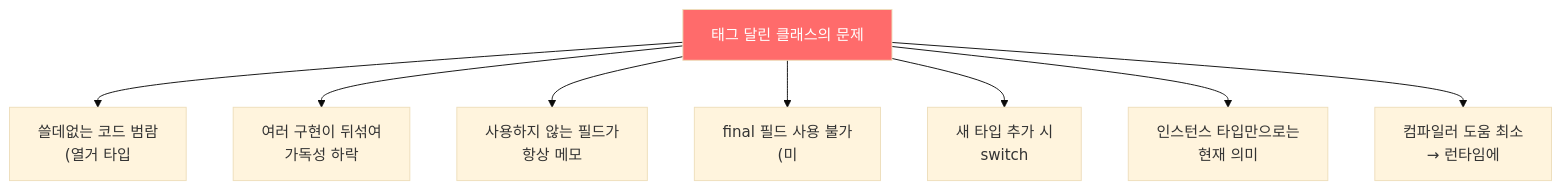
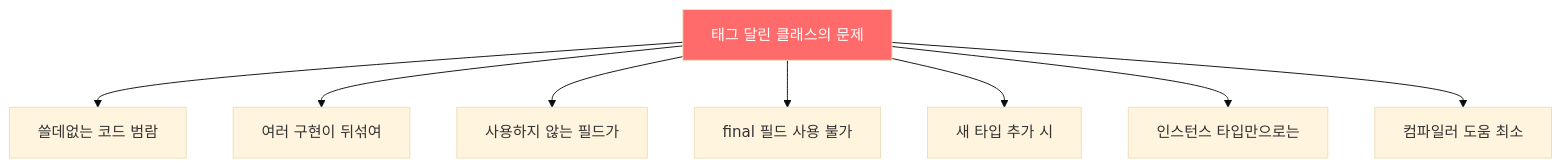
One commit to yjkim2015/yjkim2015.github.io changed the first of 4 diagrams in _posts/java/2022-01-04-effective-java23.md. Above: the diagram before and after it, drawn with Mermaid (base theme). The commit also changed other lines of this file and 217 other files, not shown here.

First line of the commit message:
Mermaid 크기 수정: useMaxWidth:true + SVG max-width:100% + 라벨 축소

````diff
--- a/_posts/java/2022-01-04-effective-java23.md
+++ b/_posts/java/2022-01-04-effective-java23.md
@@ -58,11 +58,11 @@
 ```mermaid
 graph TD
-    A["태그 달린 클래스의 문제"] --> B["쓸데없는 코드 범람\n(열거 타입"]
-    A --> C["여러 구현이 뒤섞여\n가독성 하락"]
-    A --> D["사용하지 않는 필드가\n항상 메모"]
-    A --> E["final 필드 사용 불가\n(미"]
-    A --> F["새 타입 추가 시\nswitch"]
-    A --> G["인스턴스 타입만으로는\n현재 의미"]
-    A --> H["컴파일러 도움 최소\n→ 런타임에"]
+    A["태그 달린 클래스의 문제"] --> B["쓸데없는 코드 범람"]
+    A --> C["여러 구현이 뒤섞여"]
+    A --> D["사용하지 않는 필드가"]
+    A --> E["final 필드 사용 불가"]
+    A --> F["새 타입 추가 시"]
+    A --> G["인스턴스 타입만으로는"]
+    A --> H["컴파일러 도움 최소"]
     style A fill:#ff6b6b,color:#fff
 ```
````
